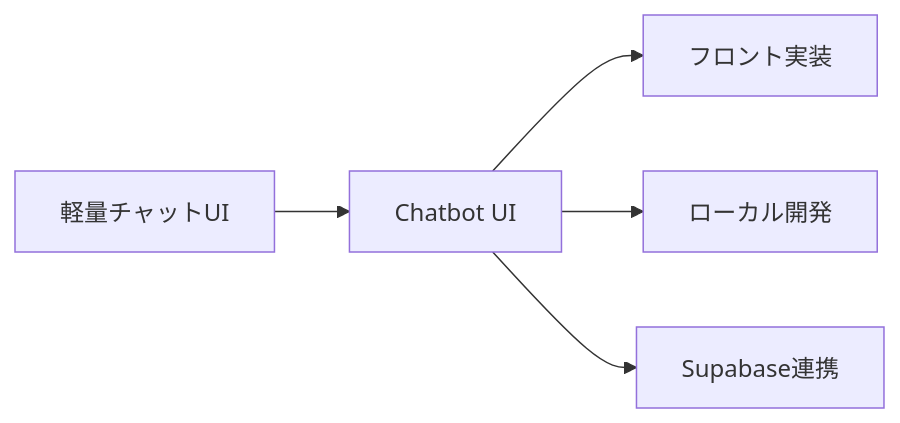
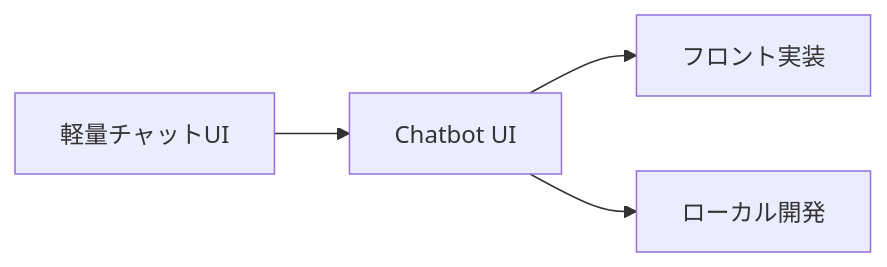
One commit to duwenji/generative-ai-oss-tutorials changed the first of 2 diagrams in docs/04-ui/05-chatbot-ui.md. Above: the diagram before and after it, drawn with Mermaid. The commit also changed other lines of this file and 3 other files, not shown here.

First line of the commit message:
fix: revert mermaid additions and standardize supplementary heading in 04-ui

````diff
--- a/docs/04-ui/05-chatbot-ui.md
+++ b/docs/04-ui/05-chatbot-ui.md
@@ -49,7 +49,6 @@
 ```mermaid
 flowchart LR
     A[軽量チャットUI] --> B[Chatbot UI]
     B --> C[フロント実装]
     B --> D[ローカル開発]
-    B --> E[Supabase連携]
 ```
````
